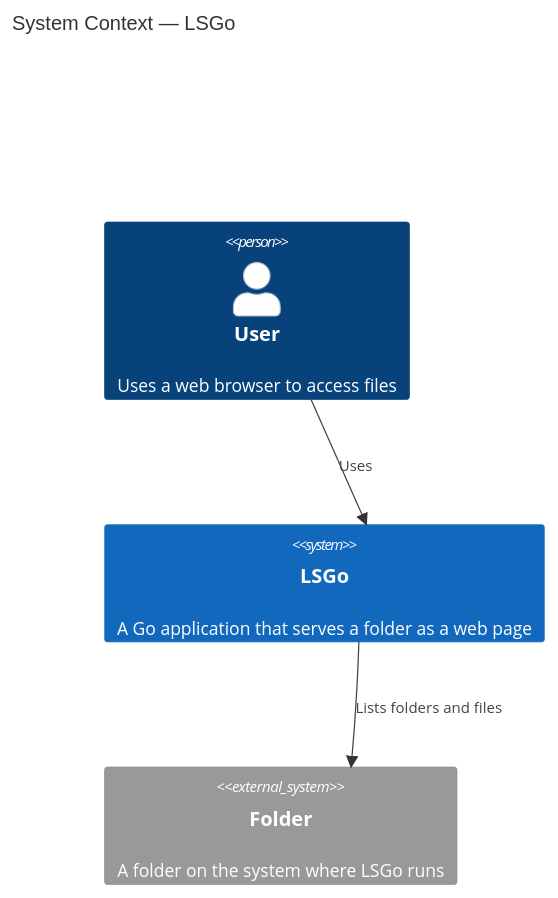
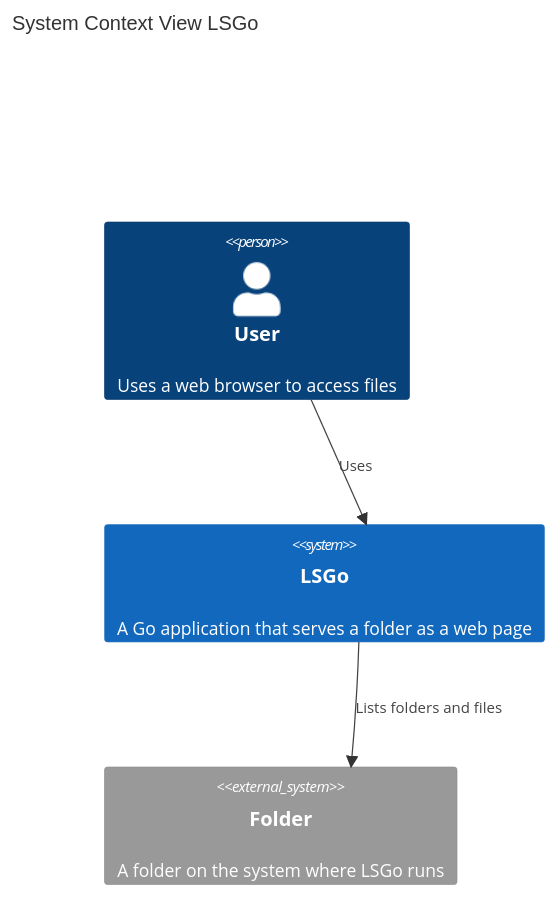
The first of 2 diagrams in docs/architecture.md (mszalbach/lsgo), drawn with Mermaid before and after one commit. The commit also changed other lines of this file and 1 other file, not shown here.

Commit message:
Added container diagram

````diff
--- a/docs/architecture.md
+++ b/docs/architecture.md
@@ -3,12 +3,12 @@
 ```mermaid
 C4Context
-    title System Context — LSGo
+    title System Context View LSGo 
     Person(user, "User", "Uses a web browser to access files")
     System(lsgo, "LSGo", "A Go application that serves a folder as a web page")
     System_Ext(folder, "Folder", "A folder on the system where LSGo runs")
     
     Rel(user, lsgo, "Uses")
     Rel(lsgo, folder, "Lists folders and files")
 
     UpdateLayoutConfig($c4ShapeInRow="1", $c4BoundaryInRow="1")
 ```
````
